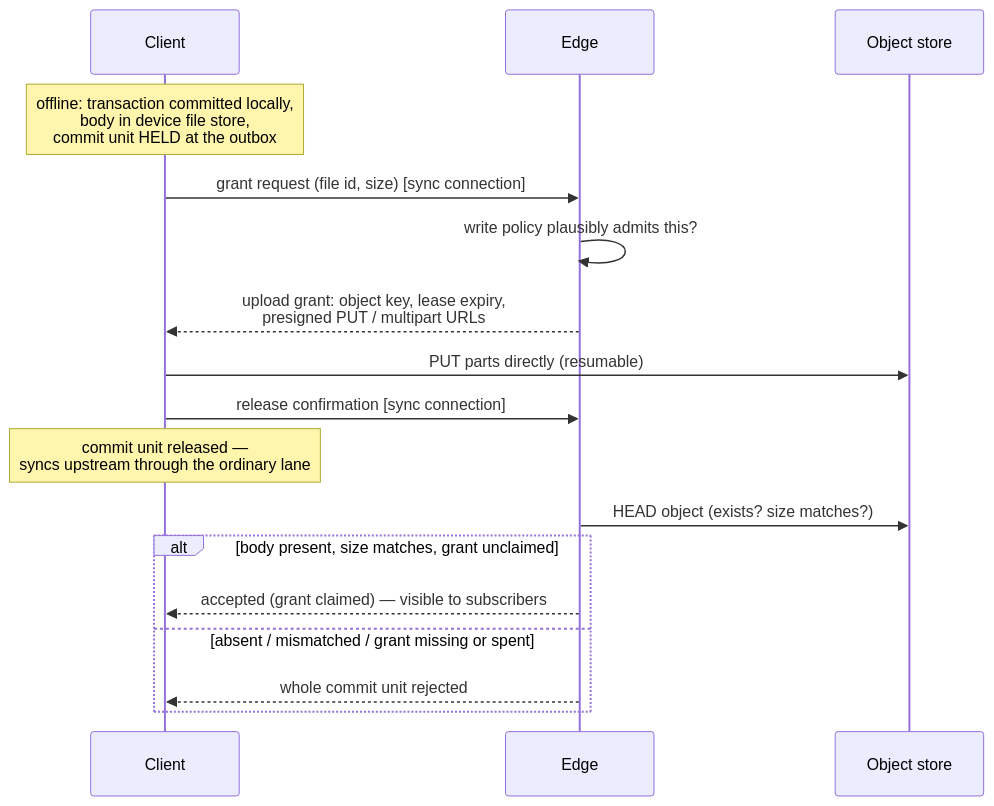
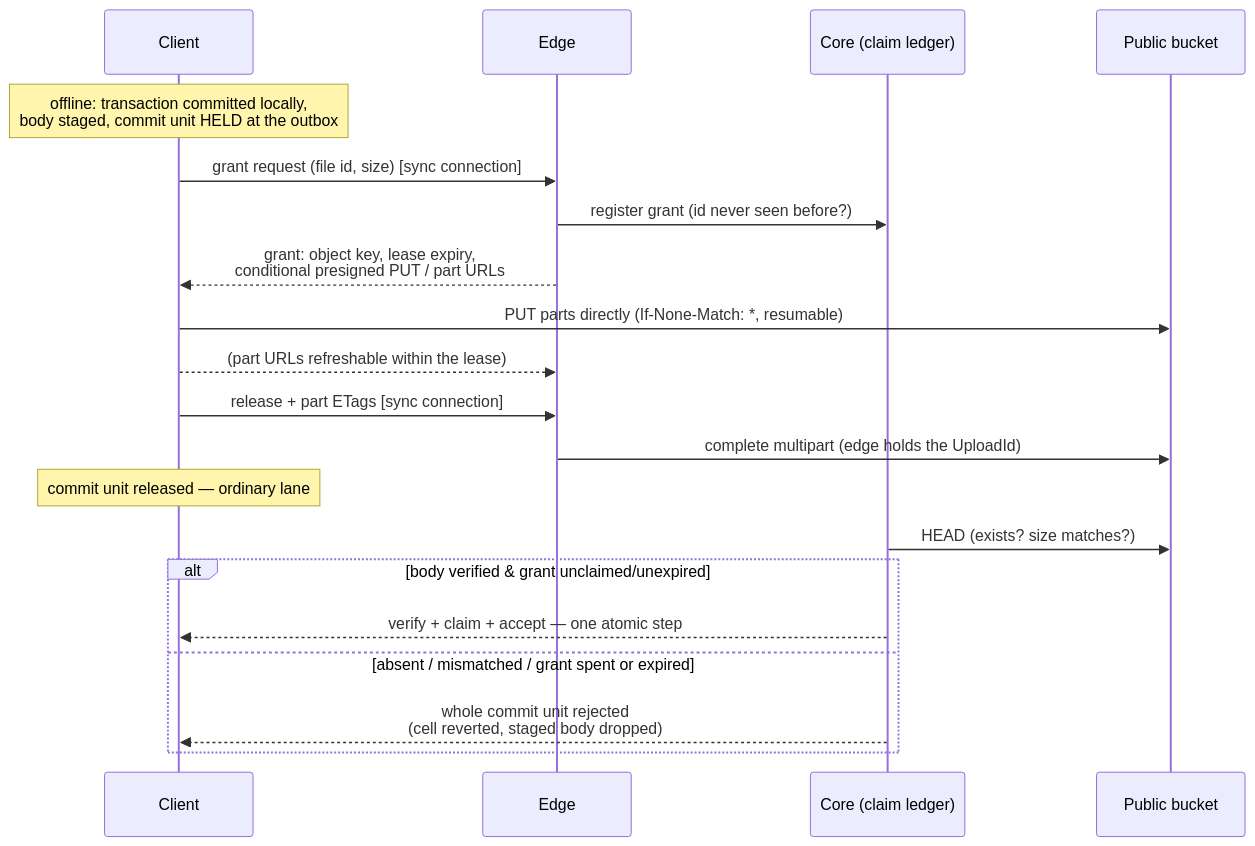
Before and after one commit to garden-co/jazz: the second of 3 diagrams in docs/superpowers/specs/2026-07-09-files-design-explained.md, drawn with Mermaid. The commit also changed other lines of this file and 1 other file, not shown here.

````diff
--- a/docs/superpowers/specs/2026-07-09-files-design-explained.md
+++ b/docs/superpowers/specs/2026-07-09-files-design-explained.md
@@ -185,20 +212,23 @@
 ```mermaid
 sequenceDiagram
     participant C as Client
     participant E as Edge
-    participant S3 as Object store
+    participant K as Core (claim ledger)
+    participant S3 as Public bucket
 
-    Note over C: offline: transaction committed locally,<br/>body in device file store,<br/>commit unit HELD at the outbox
-    C->>E: grant request (file id, size)      [sync connection]
-    E->>E: write policy plausibly admits this?
-    E-->>C: upload grant: object key, lease expiry,<br/>presigned PUT / multipart URLs
-    C->>S3: PUT parts directly (resumable)
-    C->>E: release confirmation               [sync connection]
-    Note over C: commit unit released —<br/>syncs upstream through the ordinary lane
-    E->>S3: HEAD object (exists? size matches?)
-    alt body present, size matches, grant unclaimed
-        E-->>C: accepted (grant claimed) — visible to subscribers
-    else absent / mismatched / grant missing or spent
-        E-->>C: whole commit unit rejected
+    Note over C: offline: transaction committed locally,<br/>body staged, commit unit HELD at the outbox
+    C->>E: grant request (file id, size)        [sync connection]
+    E->>K: register grant (id never seen before?)
+    E-->>C: grant: object key, lease expiry,<br/>conditional presigned PUT / part URLs
+    C->>S3: PUT parts directly (If-None-Match: *, resumable)
+    C-->>E: (part URLs refreshable within the lease)
+    C->>E: release + part ETags                 [sync connection]
+    E->>S3: complete multipart (edge holds the UploadId)
+    Note over C: commit unit released — ordinary lane
+    K->>S3: HEAD (exists? size matches?)
+    alt body verified & grant unclaimed/unexpired
+        K-->>C: verify + claim + accept — one atomic step
+    else absent / mismatched / grant spent or expired
+        K-->>C: whole commit unit rejected<br/>(cell reverted, staged body dropped)
     end
 ```
````
